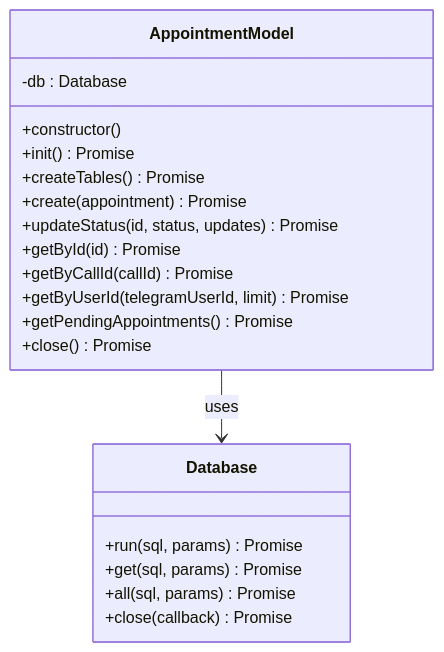
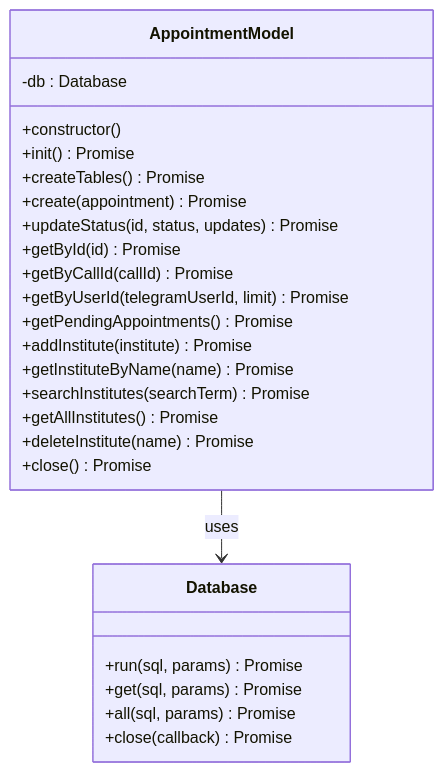
Before and after one commit to Armanda888/appointment-voice-agent: the fourth of 18 diagrams in .qoder/repowiki/en/content/Core Components/Database Management.md, drawn with Mermaid. The commit also changed other lines of this file and 10 other files, not shown here.

````diff
--- a/.qoder/repowiki/en/content/Core Components/Database Management.md
+++ b/.qoder/repowiki/en/content/Core Components/Database Management.md
@@ -172,23 +191,28 @@
 ```mermaid
 classDiagram
 class AppointmentModel {
 -db : Database
 +constructor()
 +init() Promise
 +createTables() Promise
 +create(appointment) Promise
 +updateStatus(id, status, updates) Promise
 +getById(id) Promise
 +getByCallId(callId) Promise
 +getByUserId(telegramUserId, limit) Promise
 +getPendingAppointments() Promise
++addInstitute(institute) Promise
++getInstituteByName(name) Promise
++searchInstitutes(searchTerm) Promise
++getAllInstitutes() Promise
++deleteInstitute(name) Promise
 +close() Promise
 }
 class Database {
 +run(sql, params) Promise
 +get(sql, params) Promise
 +all(sql, params) Promise
 +close(callback) Promise
 }
 AppointmentModel --> Database : uses
 ```
````
